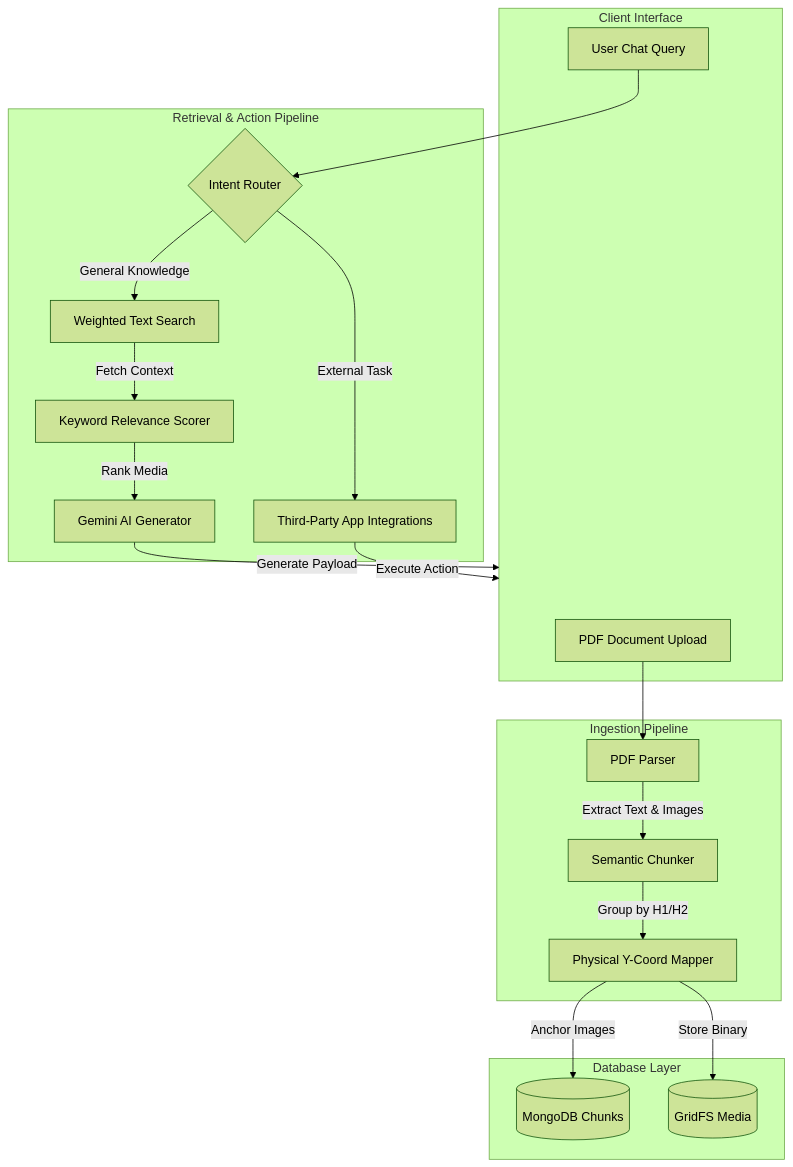
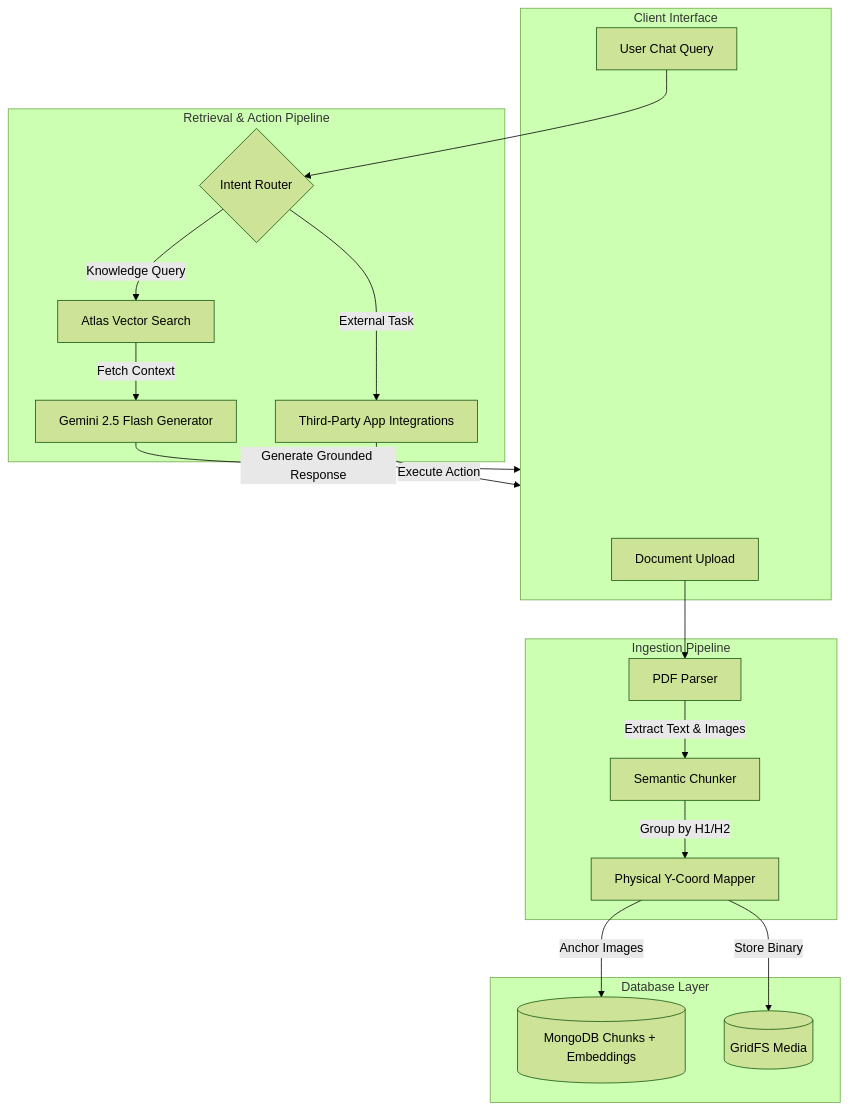
The diagram in README.md (shlokdhanokar/MultiTenant-RAG-Engine), drawn with Mermaid (forest theme) before and after one commit. The commit also changed other lines of this file and 66 other files, not shown here.

````diff
--- a/README.md
+++ b/README.md
@@ -50,40 +63,38 @@
 ```mermaid
 graph TD
     subgraph Client [Client Interface]
-        A[PDF Document Upload]
+        A[Document Upload]
         B[User Chat Query]
     end
 
     subgraph Ingestion Pipeline
         C[PDF Parser]
         D[Semantic Chunker]
         E[Physical Y-Coord Mapper]
     end
 
     subgraph Database Layer
-        F[(MongoDB Chunks)]
+        F[(MongoDB Chunks + Embeddings)]
         G[(GridFS Media)]
     end
 
     subgraph Retrieval & Action Pipeline
         H{Intent Router}
-        I[Weighted Text Search]
-        J[Keyword Relevance Scorer]
-        K[Gemini AI Generator]
+        I[Atlas Vector Search]
+        K[Gemini 2.5 Flash Generator]
         L[Third-Party App Integrations]
     end
 
     A --> C
     C -- "Extract Text & Images" --> D
     D -- "Group by H1/H2" --> E
     E -- "Anchor Images" --> F
     E -- "Store Binary" --> G
 
     B --> H
-    H -- "General Knowledge" --> I
+    H -- "Knowledge Query" --> I
     H -- "External Task" --> L
-    I -- "Fetch Context" --> J
-    J -- "Rank Media" --> K
-    K -- "Generate Payload" --> Client
+    I -- "Fetch Context" --> K
+    K -- "Generate Grounded Response" --> Client
     L -- "Execute Action" --> Client
 ```
````
